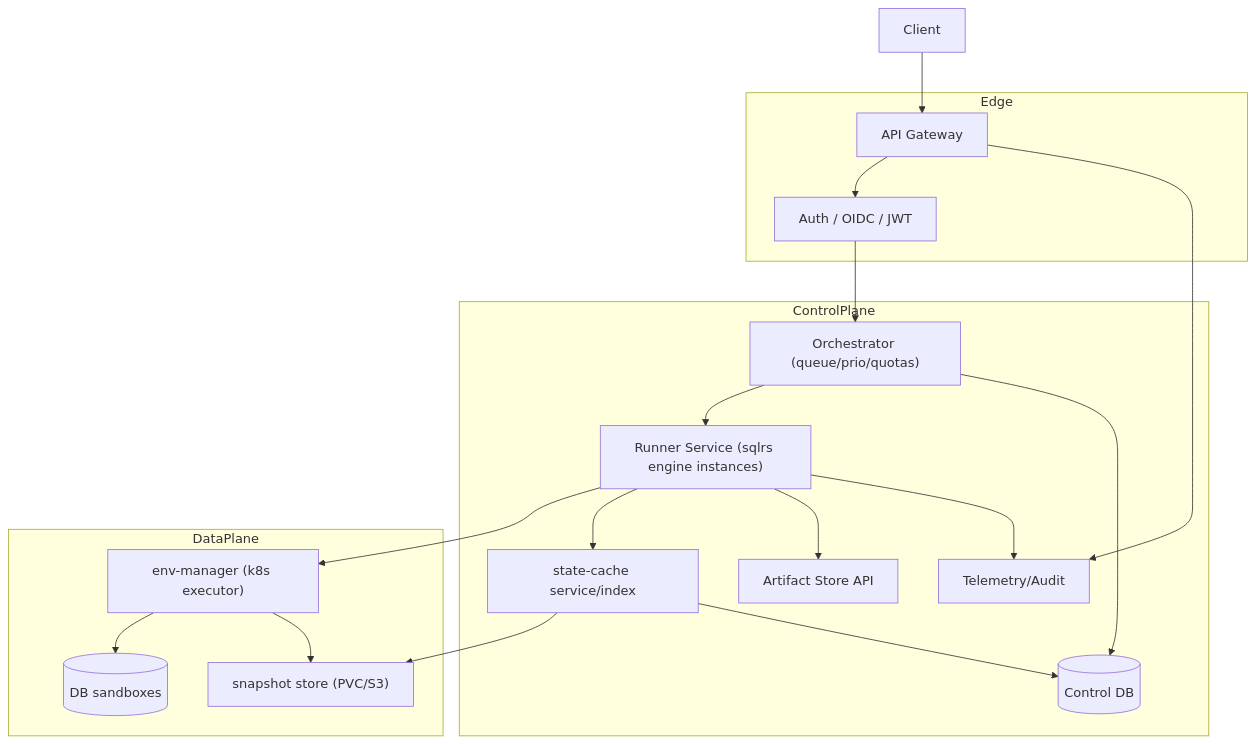
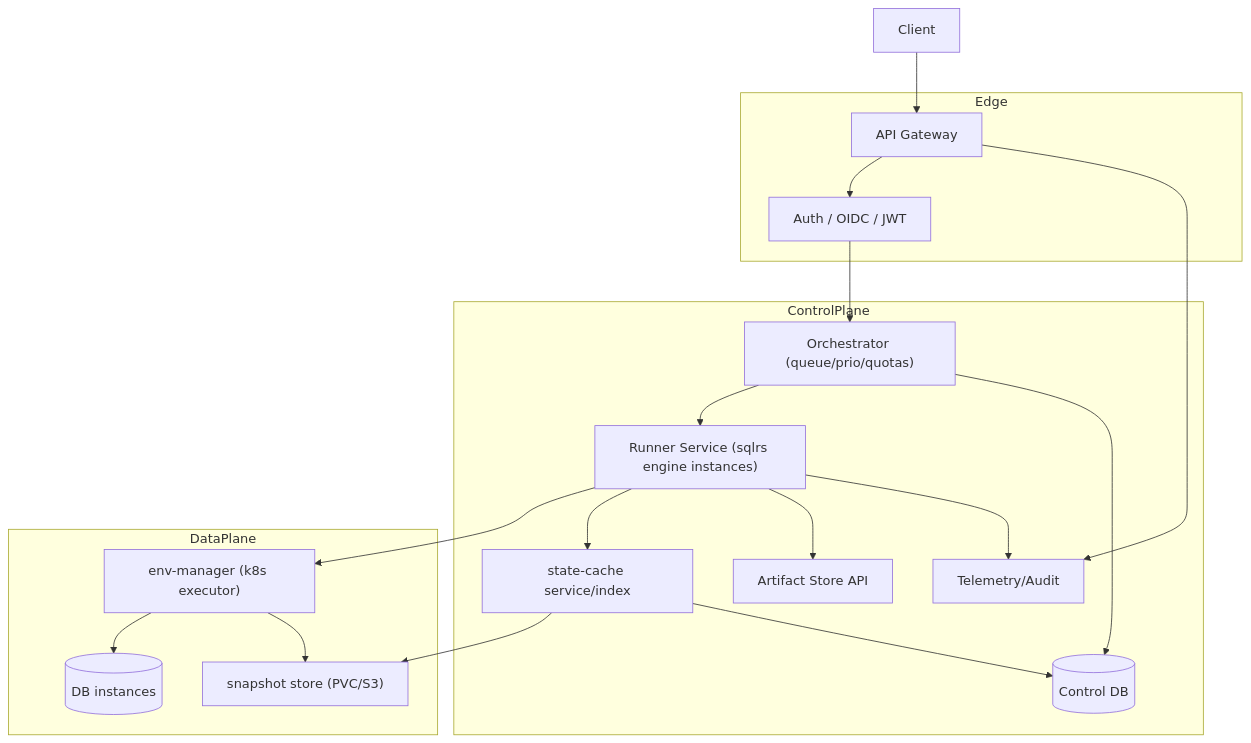
Before and after one commit to kimak-irmagi/taidon: the diagram in docs/architecture/shared-deployment-architecture.RU.md, drawn with Mermaid. The commit also changed other lines of this file and 90 other files, not shown here.

````diff
--- a/docs/architecture/shared-deployment-architecture.RU.md
+++ b/docs/architecture/shared-deployment-architecture.RU.md
@@ -15,35 +15,35 @@
 ```mermaid
 flowchart TD
   subgraph Edge
     GW[API Gateway]
     AUTH["Auth / OIDC / JWT"]
   end
 
   subgraph ControlPlane
     ORCH["Orchestrator (queue/prio/quotas)"]
     RUN["Runner Service (sqlrs engine instances)"]
     CACHE[state-cache service/index]
     ART[Artifact Store API]
     OBS[Telemetry/Audit]
     META[(Control DB)]
   end
 
   subgraph DataPlane
     ENV["env-manager (k8s executor)"]
     SNAP["snapshot store (PVC/S3)"]
-    PG[(DB sandboxes)]
+    PG[(DB instances)]
   end
 
   Client --> GW --> AUTH --> ORCH
   ORCH --> RUN
   RUN --> ENV
   RUN --> CACHE
   RUN --> ART
   RUN --> OBS
   ENV --> PG
   ENV --> SNAP
   CACHE --> SNAP
   CACHE --> META
   ORCH --> META
   GW --> OBS
 ```
````
